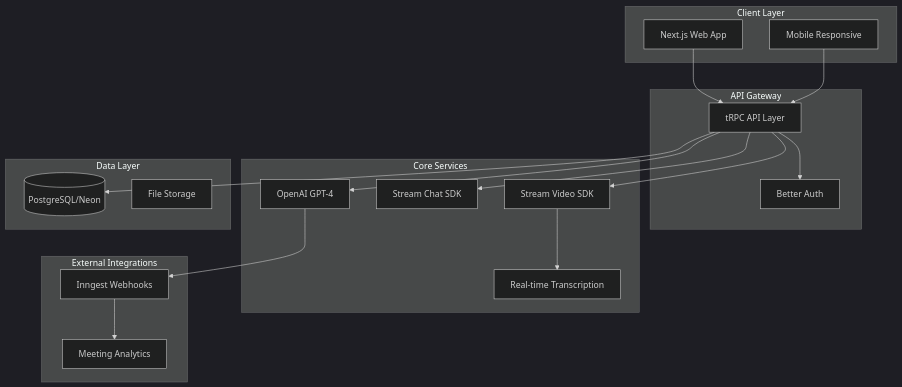
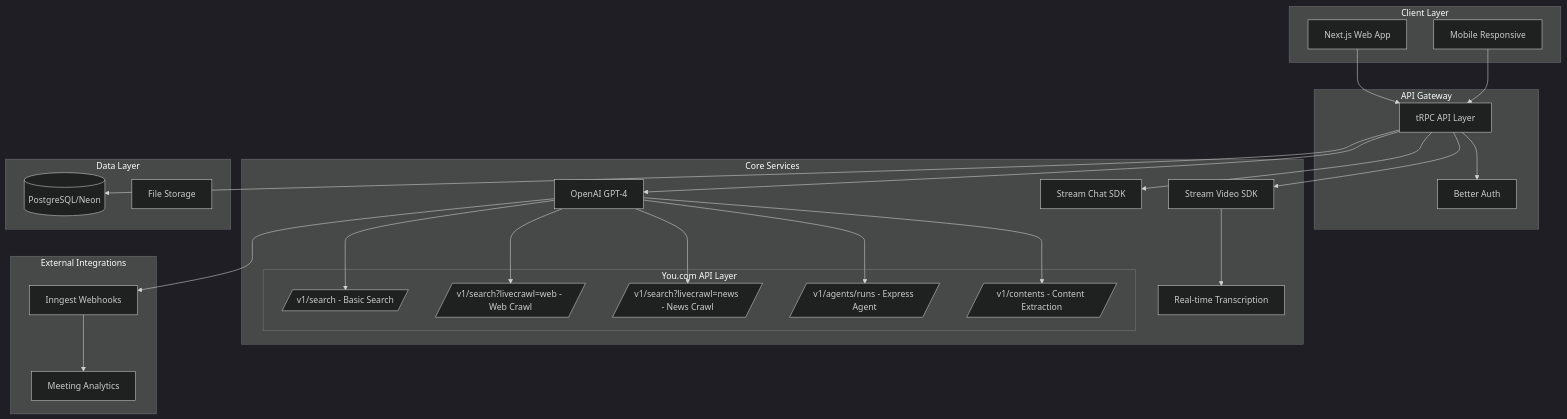
One commit to David-patrick-chuks/ConvoGenius changed the diagram in README.md. Above: the diagram before and after it, drawn with Mermaid (dark theme). The commit also changed other lines of this file and 5 other files, not shown here.

`````diff
--- a/README.md
+++ b/README.md
@@ -28,40 +47,53 @@
 ```mermaid
 graph TB
     subgraph "Client Layer"
         Web[Next.js Web App]
         Mobile[Mobile Responsive]
     end
 
     subgraph "API Gateway"
         tRPC[tRPC API Layer]
         Auth[Better Auth]
     end
 
     subgraph "Core Services"
         Video[Stream Video SDK]
         Chat[Stream Chat SDK]
         AI[OpenAI GPT-4]
         Transcription[Real-time Transcription]
+
+        subgraph "You.com API Layer"
+            YouSearch[/v1/search - Basic Search/]
+            YouWeb[/v1/search?livecrawl=web - Web Crawl/]
+            YouNews[/v1/search?livecrawl=news - News Crawl/]
+            YouAgent[/v1/agents/runs - Express Agent/]
+            YouContent[/v1/contents - Content Extraction/]
+        end
     end
 
     subgraph "Data Layer"
         DB[(PostgreSQL/Neon)]
         Storage[File Storage]
     end
 
     subgraph "External Integrations"
         Webhook[Inngest Webhooks]
         Analytics[Meeting Analytics]
     end
 
     Web --> tRPC
     Mobile --> tRPC
     tRPC --> Auth
     tRPC --> Video
     tRPC --> Chat
     tRPC --> AI
     tRPC --> DB
+    AI --> YouSearch
+    AI --> YouWeb
+    AI --> YouNews
+    AI --> YouAgent
+    AI --> YouContent
     Video --> Transcription
     AI --> Webhook
     Webhook --> Analytics
-```
+````
`````
